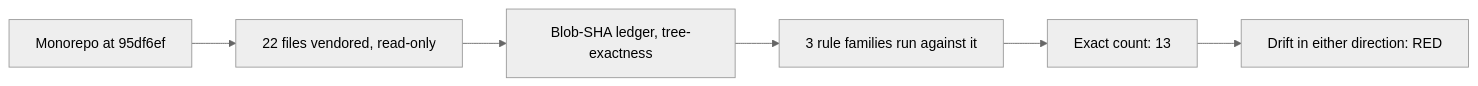
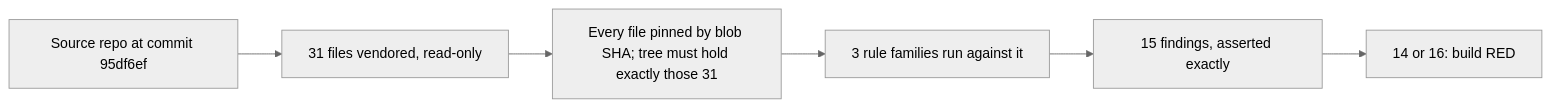
Before and after one commit to hossainpazooki/network-as-code: the fourth of 5 diagrams in README.md, drawn with Mermaid (neutral theme). The commit also changed other lines of this file, not shown here.

Commit message:
docs: README for a skimming reader, Terraform first, diagrams redone

````diff
--- a/README.md
+++ b/README.md
@@ -95,8 +124,8 @@
 ```mermaid
 flowchart LR
-    A["Monorepo at 95df6ef"] --> B["22 files vendored, read-only"]
-    B --> C["Blob-SHA ledger, tree-exactness"]
+    A["Source repo at commit 95df6ef"] --> B["31 files vendored, read-only"]
+    B --> C["Every file pinned by blob SHA; tree must hold exactly those 31"]
     C --> D["3 rule families run against it"]
-    D --> E["Exact count: 13"]
-    E --> F["Drift in either direction: RED"]
+    D --> E["15 findings, asserted exactly"]
+    E --> F["14 or 16: build RED"]
 ```
````
